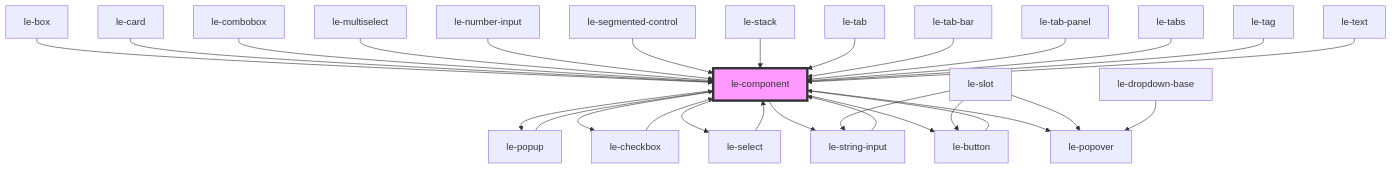
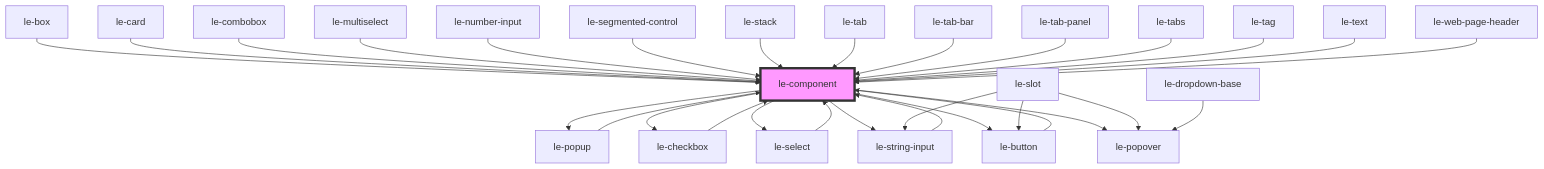
The diagram in src/components/le-component/readme.md (leechy/le-kit), drawn with Mermaid before and after one commit. The commit also changed other lines of this file and 9 other files, not shown here.

Commit message:
feat: add le-web-page-header component

````diff
--- a/src/components/le-component/readme.md
+++ b/src/components/le-component/readme.md
@@ -82,32 +83,33 @@
 ```mermaid
 graph TD;
   le-component --> le-button
   le-component --> le-select
   le-component --> le-checkbox
   le-component --> le-string-input
   le-component --> le-popover
   le-component --> le-popup
   le-button --> le-component
   le-slot --> le-popover
   le-slot --> le-button
   le-slot --> le-string-input
   le-string-input --> le-component
   le-select --> le-component
   le-dropdown-base --> le-popover
   le-checkbox --> le-component
   le-popup --> le-component
   le-box --> le-component
   le-card --> le-component
   le-combobox --> le-component
   le-multiselect --> le-component
   le-number-input --> le-component
   le-segmented-control --> le-component
   le-stack --> le-component
   le-tab --> le-component
   le-tab-bar --> le-component
   le-tab-panel --> le-component
   le-tabs --> le-component
   le-tag --> le-component
   le-text --> le-component
+  le-web-page-header --> le-component
   style le-component fill:#f9f,stroke:#333,stroke-width:4px
 ```
````
